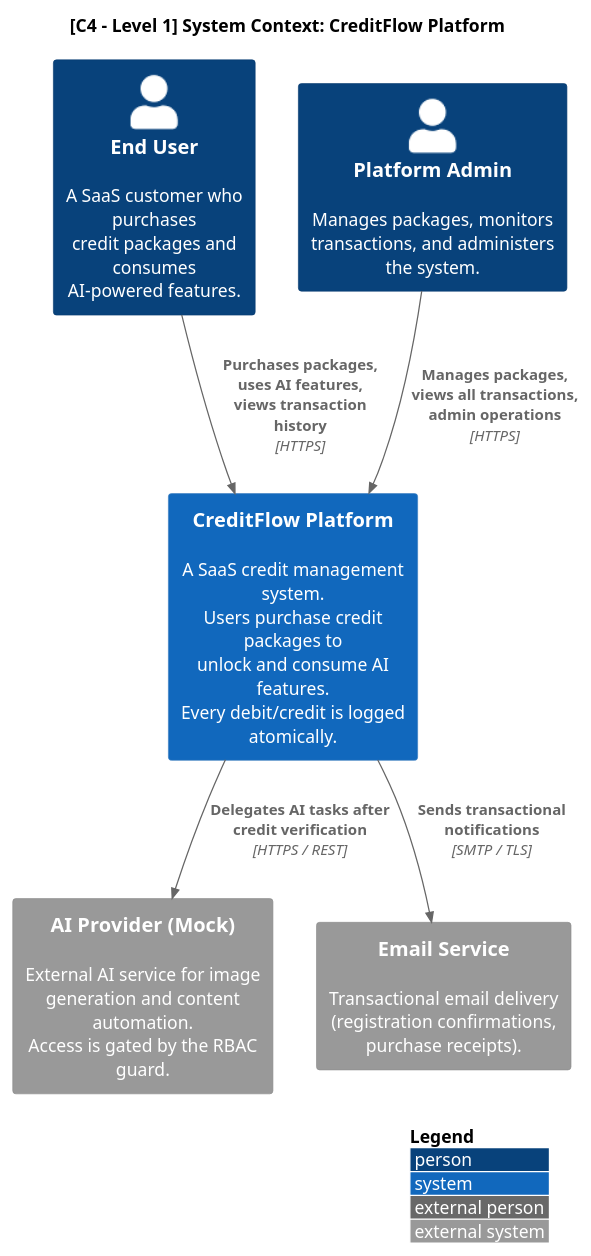
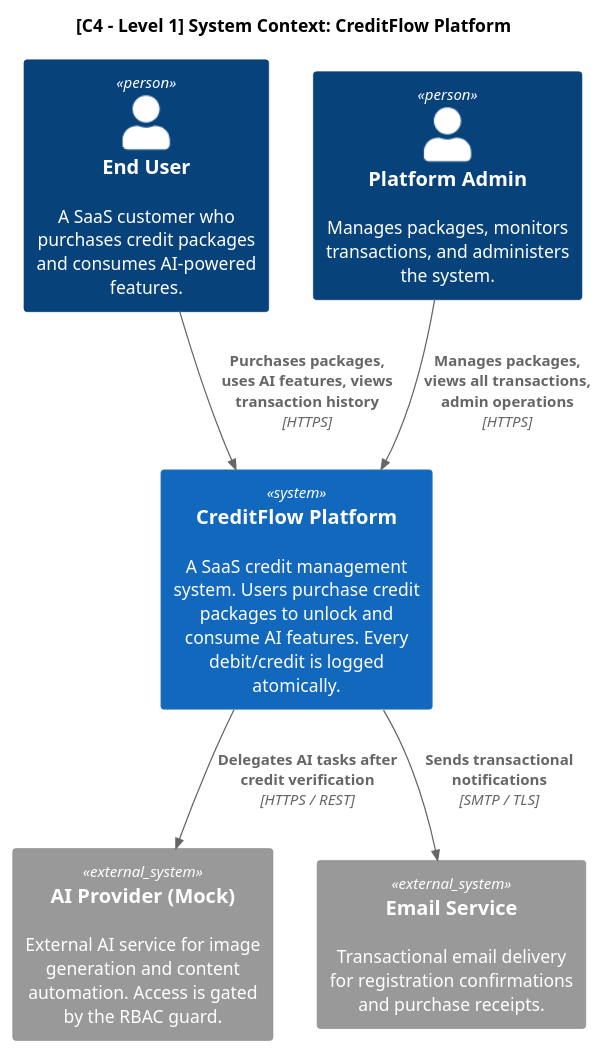
Before and after one commit to nhiney/credit-management-platform: the diagram in docs/c4-context.puml, drawn with PlantUML. The commit also changed 2 other files, not shown here.

Commit message:
fix(docs): rewrite c4 diagrams with single-line macros to fix plantuml server parse error
Multi-line macro calls (Container, Component, Person spread across
multiple lines) triggered an until001 parse error on the PlantUML
online server (v1.2026.4beta2). Rewrote all four diagram files so
every C4 macro call is on a single line. Also removed LAYOUT_WITH_LEGEND()
and restored missing descriptions on Person and System_Ext nodes.

```diff
--- a/docs/c4-context.puml
+++ b/docs/c4-context.puml
@@ -1,27 +1,19 @@
 @startuml C4_Context
 !include <C4/C4_Context.puml>
 
-LAYOUT_WITH_LEGEND()
-
 title [C4 - Level 1] System Context: CreditFlow Platform
 
-' ── Actors ───────────────────────────────────────────────────────────────────
-Person(endUser, "End User", "A SaaS customer who purchases\ncredit packages and consumes\nAI-powered features.")
+Person(endUser, "End User", "A SaaS customer who purchases credit packages and consumes AI-powered features.")
+Person(admin, "Platform Admin", "Manages packages, monitors transactions, and administers the system.")
 
-Person(admin, "Platform Admin", "Manages packages, monitors\ntransactions, and administers\nthe system.")
+System(creditFlow, "CreditFlow Platform", "A SaaS credit management system. Users purchase credit packages to unlock and consume AI features. Every debit/credit is logged atomically.")
 
-' ── System under focus ───────────────────────────────────────────────────────
-System(creditFlow, "CreditFlow Platform", "A SaaS credit management system.\nUsers purchase credit packages to\nunlock and consume AI features.\nEvery debit/credit is logged atomically.")
+System_Ext(aiProvider, "AI Provider (Mock)", "External AI service for image generation and content automation. Access is gated by the RBAC guard.")
+System_Ext(emailService, "Email Service", "Transactional email delivery for registration confirmations and purchase receipts.")
 
-' ── External systems ─────────────────────────────────────────────────────────
-System_Ext(aiProvider, "AI Provider (Mock)", "External AI service for image\ngeneration and content automation.\nAccess is gated by the RBAC guard.")
-
-System_Ext(emailService, "Email Service", "Transactional email delivery\n(registration confirmations,\npurchase receipts).")
-
-' ── Relationships ─────────────────────────────────────────────────────────────
-Rel(endUser, creditFlow, "Purchases packages,\nuses AI features,\nviews transaction history", "HTTPS")
-Rel(admin, creditFlow, "Manages packages,\nviews all transactions,\nadmin operations", "HTTPS")
-Rel(creditFlow, aiProvider, "Delegates AI tasks after\ncredit verification", "HTTPS / REST")
-Rel(creditFlow, emailService, "Sends transactional\nnotifications", "SMTP / TLS")
+Rel(endUser, creditFlow, "Purchases packages, uses AI features, views transaction history", "HTTPS")
+Rel(admin, creditFlow, "Manages packages, views all transactions, admin operations", "HTTPS")
+Rel(creditFlow, aiProvider, "Delegates AI tasks after credit verification", "HTTPS / REST")
+Rel(creditFlow, emailService, "Sends transactional notifications", "SMTP / TLS")
 
 @enduml
```
